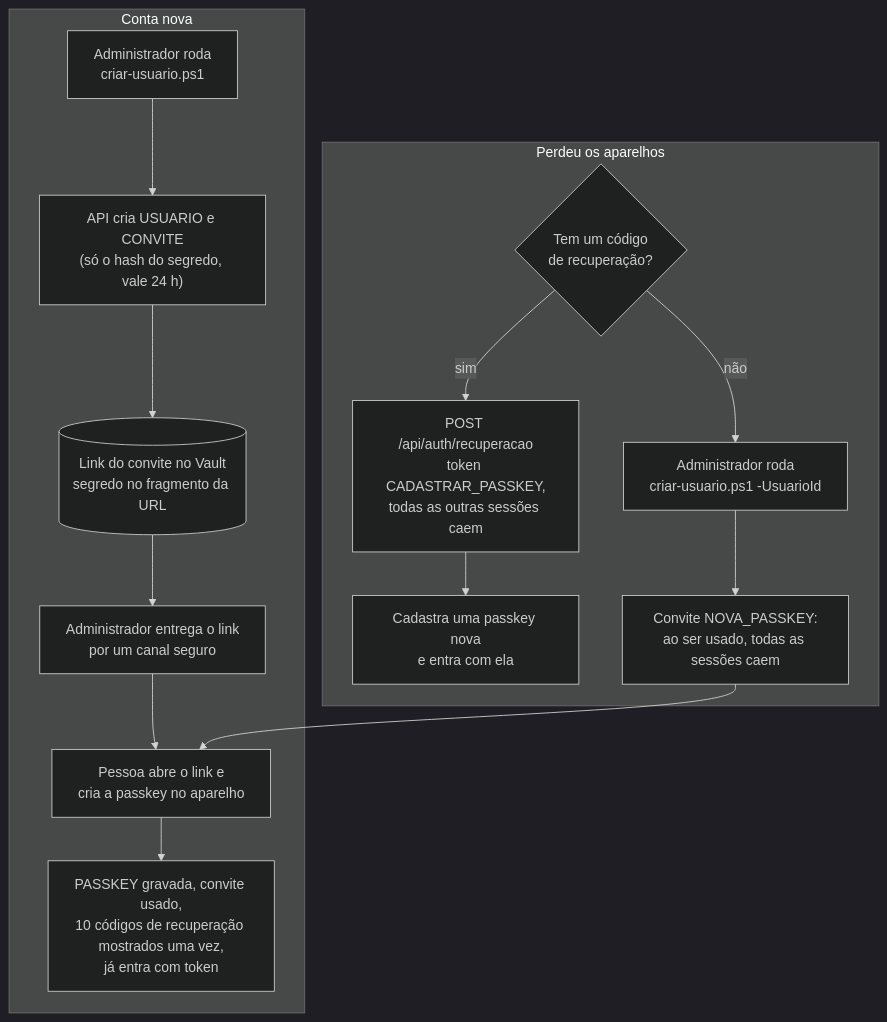
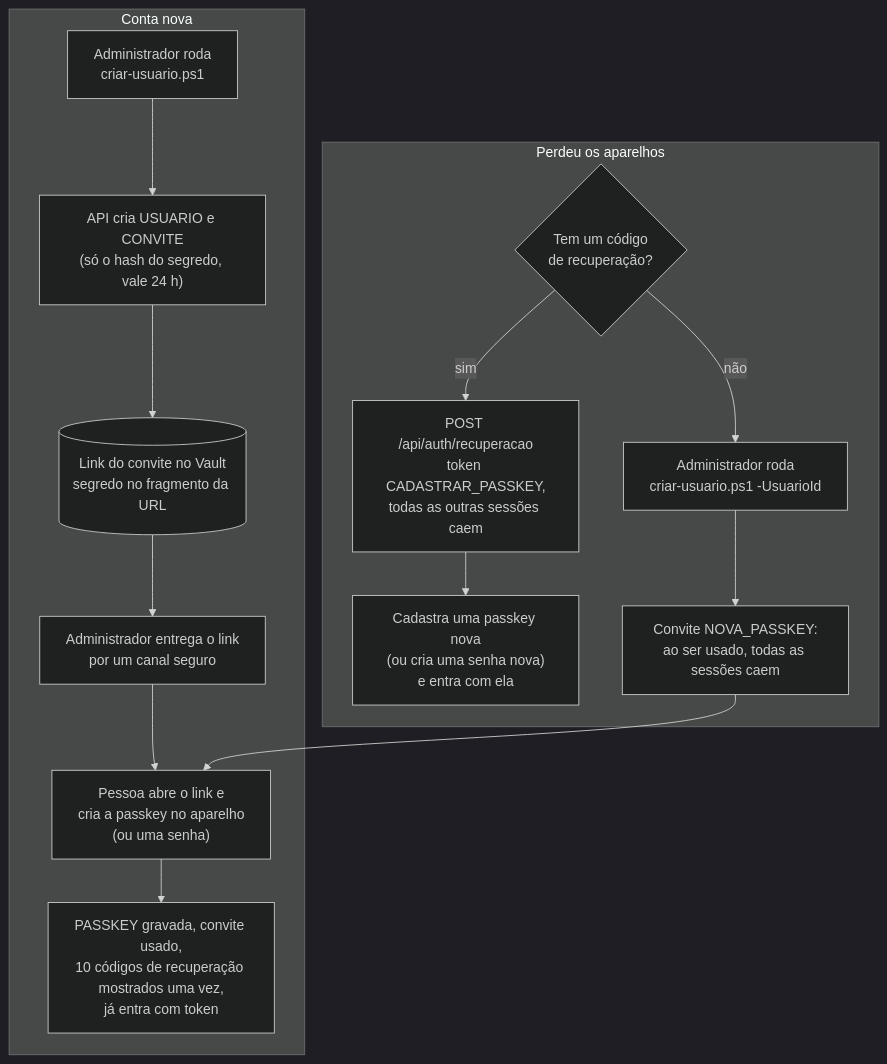
Before and after one commit to caioteixeir4/tabelas-api-banco-usp: the third of 5 diagrams in docs/api-e-regras.md, drawn with Mermaid (dark theme). The commit also changed other lines of this file and 19 other files, not shown here.

````diff
--- a/docs/api-e-regras.md
+++ b/docs/api-e-regras.md
@@ -286,18 +383,18 @@
 ```mermaid
 flowchart TB
     subgraph Nasce["Conta nova"]
         ADM["Administrador roda<br/>criar-usuario.ps1"] --> CRI["API cria USUARIO e CONVITE<br/>(só o hash do segredo, vale 24 h)"]
         CRI --> VAULT[("Link do convite no Vault<br/>segredo no fragmento da URL")]
         VAULT --> ENT["Administrador entrega o link<br/>por um canal seguro"]
-        ENT --> CER["Pessoa abre o link e<br/>cria a passkey no aparelho"]
+        ENT --> CER["Pessoa abre o link e<br/>cria a passkey no aparelho<br/>(ou uma senha)"]
         CER --> OK["PASSKEY gravada, convite usado,<br/>10 códigos de recuperação mostrados uma vez,<br/>já entra com token"]
     end
     subgraph Volta["Perdeu os aparelhos"]
         P{"Tem um código<br/>de recuperação?"}
         P -- sim --> COD["POST /api/auth/recuperacao<br/>token CADASTRAR_PASSKEY,<br/>todas as outras sessões caem"]
-        COD --> NOVA["Cadastra uma passkey nova<br/>e entra com ela"]
+        COD --> NOVA["Cadastra uma passkey nova<br/>(ou cria uma senha nova)<br/>e entra com ela"]
         P -- não --> ADM2["Administrador roda<br/>criar-usuario.ps1 -UsuarioId"]
         ADM2 --> CONV2["Convite NOVA_PASSKEY:<br/>ao ser usado, todas as sessões caem"]
         CONV2 --> CER
     end
 ```
````
